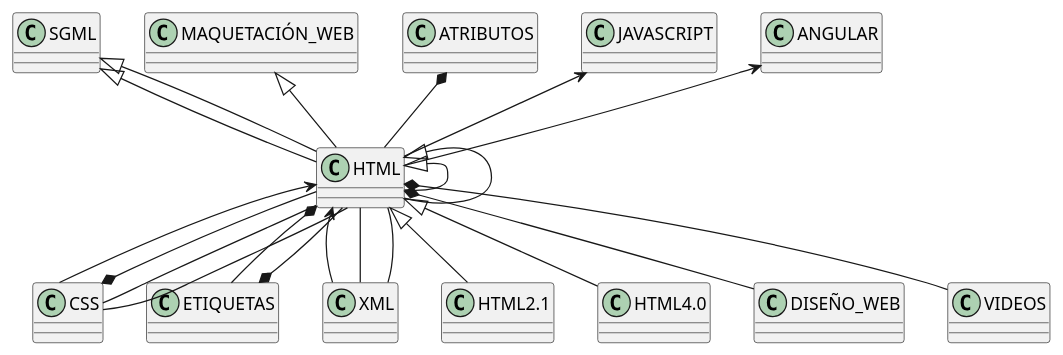
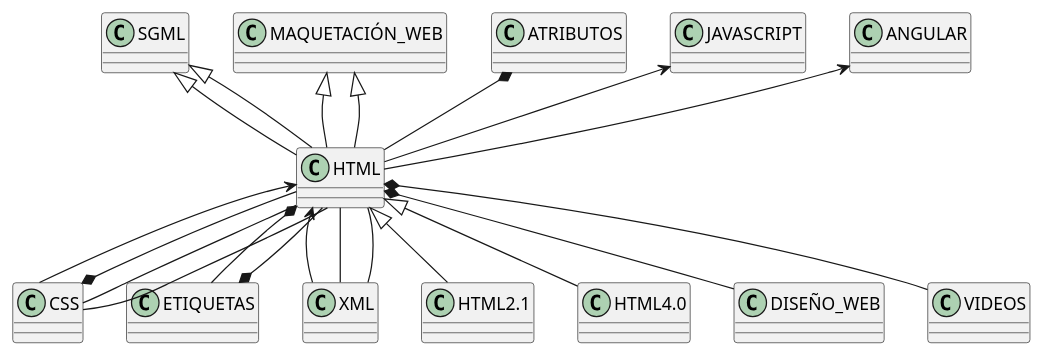
One commit to CodeURJC-DAW-2018-19/santatecla-relaciones-2 changed the diagram in relman/images/contextHTML.plantuml. Above: the diagram before and after it, drawn with PlantUML. The commit also changed 12 other files, not shown here.

```diff
--- a/relman/images/contextHTML.plantuml
+++ b/relman/images/contextHTML.plantuml
@@ -1,24 +1,23 @@
 @startuml 
  set namespaceSeparator none
 SGML <|-- HTML
 MAQUETACIÓN_WEB <|-- HTML
+MAQUETACIÓN_WEB <|-- HTML
 SGML <|-- HTML
-HTML <|-- HTML
 CSS *-- HTML
 ETIQUETAS *-- HTML
 ATRIBUTOS *-- HTML
 JAVASCRIPT <-- HTML
 ANGULAR <-- HTML
 CSS -- HTML
 XML -- HTML
 HTML <|-- HTML2.1
 HTML <|-- HTML4.0
-HTML <|-- HTML
 HTML *-- DISEÑO_WEB
 HTML *-- ETIQUETAS
 HTML *-- VIDEOS
 HTML <-- CSS
 HTML <-- XML
 HTML -- CSS
 HTML -- XML
 @enduml
```
